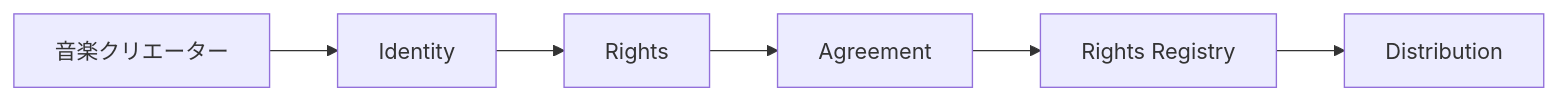
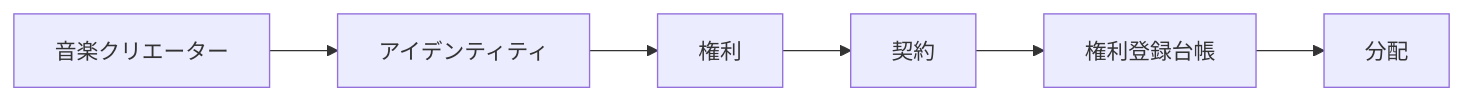
One commit to ShigeichiroYamasaki/creator-first-platform changed the seventh of 45 diagrams in docs/whitepaper/11-legal-sto-tax.md. Above: the diagram before and after it, drawn with Mermaid. The commit also changed other lines of this file and 72 other files, not shown here.

````diff
--- a/docs/whitepaper/11-legal-sto-tax.md
+++ b/docs/whitepaper/11-legal-sto-tax.md
@@ -208,11 +208,11 @@
 ```mermaid
 flowchart LR
     APPLY[音楽クリエーター]
-    KYC[Identity]
-    RIGHTS[Rights]
-    AGREEMENT[Agreement]
-    REGISTRY[Rights Registry]
-    DISTRIBUTION[Distribution]
+    KYC[アイデンティティ]
+    RIGHTS[権利]
+    AGREEMENT[契約]
+    REGISTRY[権利登録台帳]
+    DISTRIBUTION[分配]
 
     APPLY --> KYC --> RIGHTS --> AGREEMENT --> REGISTRY --> DISTRIBUTION
 ```
````
